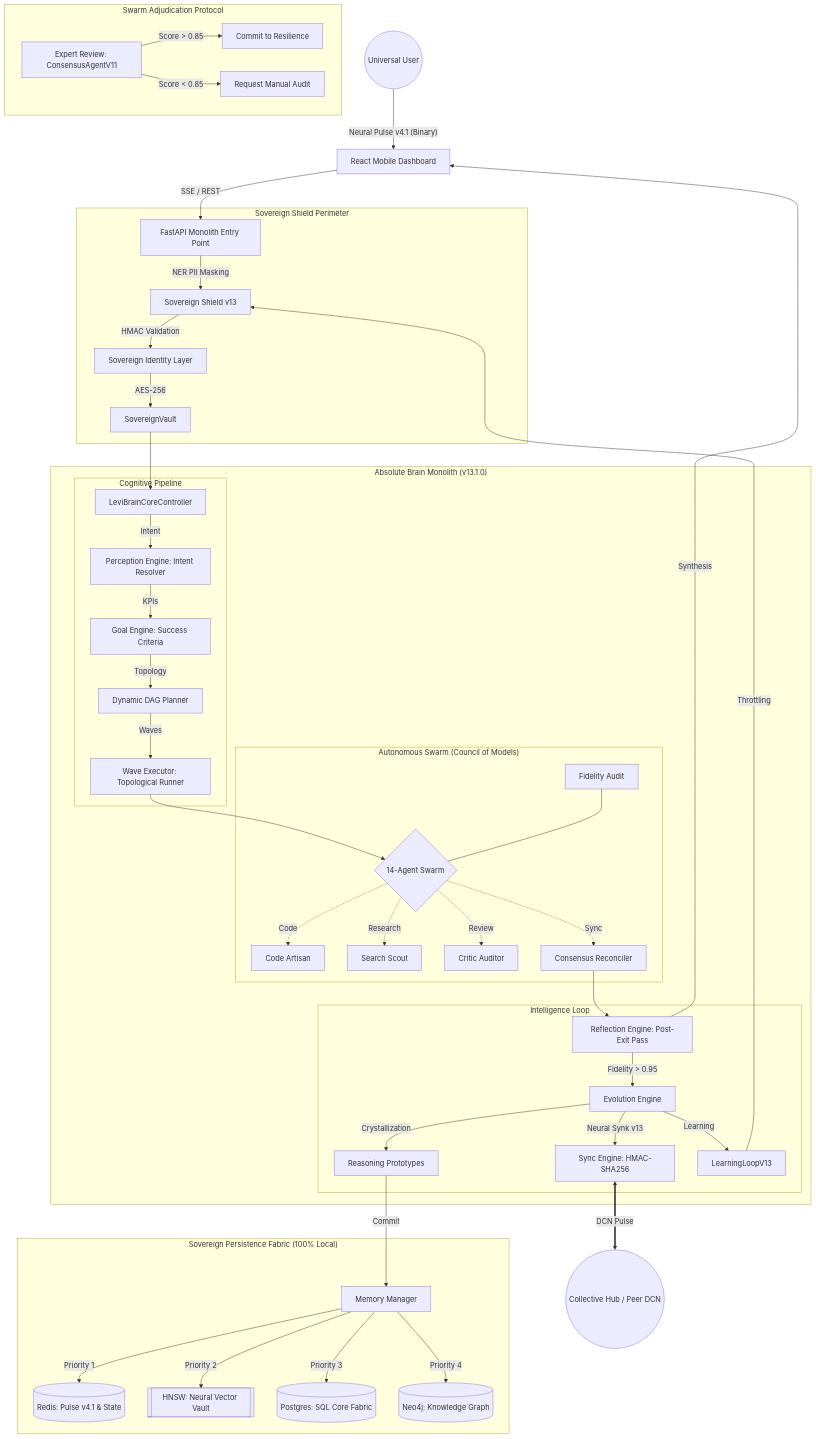
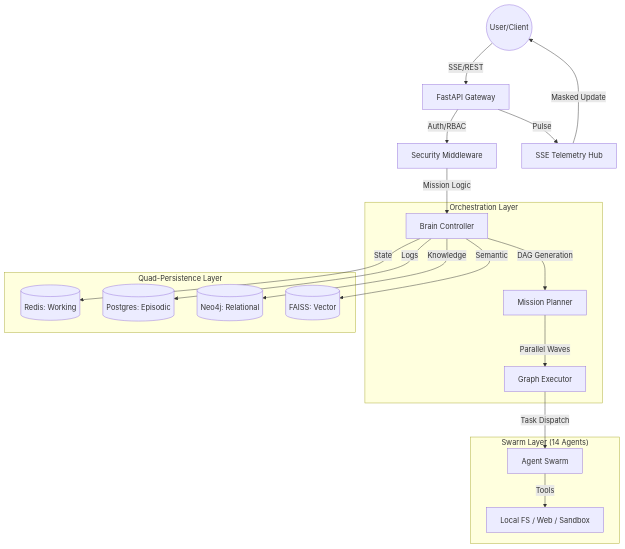
Before and after one commit to Blackdrg/levi-ai-innovate: the diagram in README.md, drawn with Mermaid. The commit also changed other lines of this file and 61 other files, not shown here.

````diff
--- a/README.md
+++ b/README.md
@@ -132,65 +61,26 @@
 ```mermaid
 graph TD
-    %% Global Ingress & UI
-    User((Universal User)) -->|"Neural Pulse v4.1 (Binary)"| Mobile[React Mobile Dashboard]
-    Mobile -->|"SSE / REST"| Entry[FastAPI Monolith Entry Point]
-
-    %% Security & Sanitization
-    subgraph "Sovereign Shield Perimeter"
-        Entry -->|NER PII Masking| Shield[Sovereign Shield v13]
-        Shield -->|HMAC Validation| Auth[Sovereign Identity Layer]
-        Auth -->|AES-256| Vault[SovereignVault]
+    User((User/Client)) -->|SSE/REST| Gateway[FastAPI Gateway]
+    Gateway -->|Auth/RBAC| Middleware[Security Middleware]
+    Middleware -->|Mission Logic| Brain[Brain Controller]
+    
+    subgraph "Orchestration Layer"
+        Brain -->|DAG Generation| Planner[Mission Planner]
+        Planner -->|Parallel Waves| Executor[Graph Executor]
     end
-
-    %% The Cognitive Monolith (Core)
-    subgraph "Absolute Brain Monolith (v13.1.0)"
-        Vault --> Brain[LeviBrainCoreController]
-        
-        subgraph "Cognitive Pipeline"
-            Brain -->|Intent| Perception[Perception Engine: Intent Resolver]
-            Perception -->|KPIs| Goal[Goal Engine: Success Criteria]
-            Goal -->|Topology| Planner[Dynamic DAG Planner]
-            Planner -->|Waves| Executor[Wave Executor: Topological Runner]
-        end
-
-        subgraph "Autonomous Swarm (Council of Models)"
-            Executor --> Agents{14-Agent Swarm}
-            Agents -.->|Code| Artisan[Code Artisan]
-            Agents -.->|Research| Scout[Search Scout]
-            Agents -.->|Review| Auditor[Critic Auditor]
-            Agents -.->|Sync| Reconciler[Consensus Reconciler]
-            Audit[Fidelity Audit] --- Agents
-        end
-
-        subgraph "Intelligence Loop"
-            Reconciler --> Reflection[Reflection Engine: Post-Exit Pass]
-            Reflection -->|Fidelity > 0.95| Evolution[Evolution Engine]
-            Evolution -->|Crystallization| Prototype[Reasoning Prototypes]
-            Evolution -->|Neural Synk v13| Synk[Sync Engine: HMAC-SHA256]
-            Evolution -->|Learning| Loop[LearningLoopV13]
-            Loop -->|Throttling| Shield
-        end
+    
+    subgraph "Swarm Layer (14 Agents)"
+        Executor -->|Task Dispatch| Agents[Agent Swarm]
+        Agents -->|Tools| LocalTools[Local FS / Web / Sandbox]
     end
-
-    %% Swarm Consensus Logic (v13)
-    subgraph "Swarm Adjudication Protocol"
-        Adjudicator[Expert Review: ConsensusAgentV11]
-        Adjudicator -->|Score > 0.85| Final_Approval[Commit to Resilience]
-        Adjudicator -->|Score < 0.85| Human_Review[Request Manual Audit]
+    
+    subgraph "Quad-Persistence Layer"
+        Brain -->|State| Redis[(Redis: Working)]
+        Brain -->|Logs| Postgres[(Postgres: Episodic)]
+        Brain -->|Knowledge| Neo4j[(Neo4j: Relational)]
+        Brain -->|Semantic| HNSW[(FAISS: Vector)]
     end
-
-    %% Persistent Fabric (SQL Resonance)
-    subgraph "Sovereign Persistence Fabric (100% Local)"
-        Prototype --> |Commit| MemoryManager[Memory Manager]
-        MemoryManager -->|Priority 1| Redis[(Redis: Pulse v4.1 & State)]
-        MemoryManager -->|Priority 2| HNSW[[HNSW: Neural Vector Vault]]
-        MemoryManager -->|Priority 3| Postgres[(Postgres: SQL Core Fabric)]
-        MemoryManager -->|Priority 4| Neo4j[(Neo4j: Knowledge Graph)]
-    end
-
-    %% External Network
-    Synk <==>|DCN Pulse| DCN((Collective Hub / Peer DCN))
     
-    %% Final Action
-    Reflection -->|Synthesis| Mobile
+    Gateway -->|Pulse| Telemetry[SSE Telemetry Hub]
+    Telemetry -->|Masked Update| User
 ```
````
